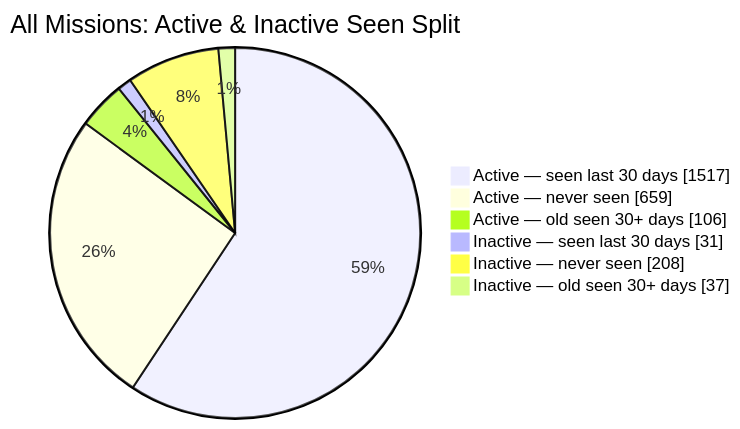
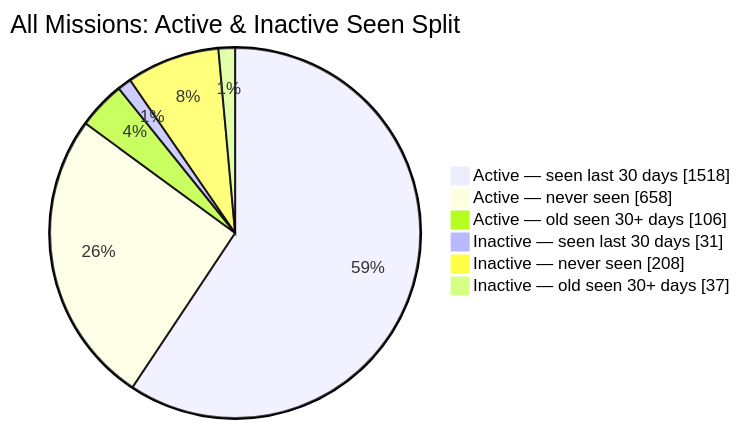
Before and after one commit to MeldkamerspelGameTeam/active-missions: the second of 2 diagrams in README.md, drawn with Mermaid. The commit also changed other lines of this file and 2 other files, not shown here.

````diff
--- a/README.md
+++ b/README.md
@@ -44,10 +44,10 @@
 ```mermaid
 pie showData
     title All Missions: Active & Inactive Seen Split
-    "Active — seen last 30 days" : 1517
-    "Active — never seen" : 659
+    "Active — seen last 30 days" : 1518
+    "Active — never seen" : 658
     "Active — old seen 30+ days" : 106
     "Inactive — seen last 30 days" : 31
     "Inactive — never seen" : 208
     "Inactive — old seen 30+ days" : 37
 ```
````
